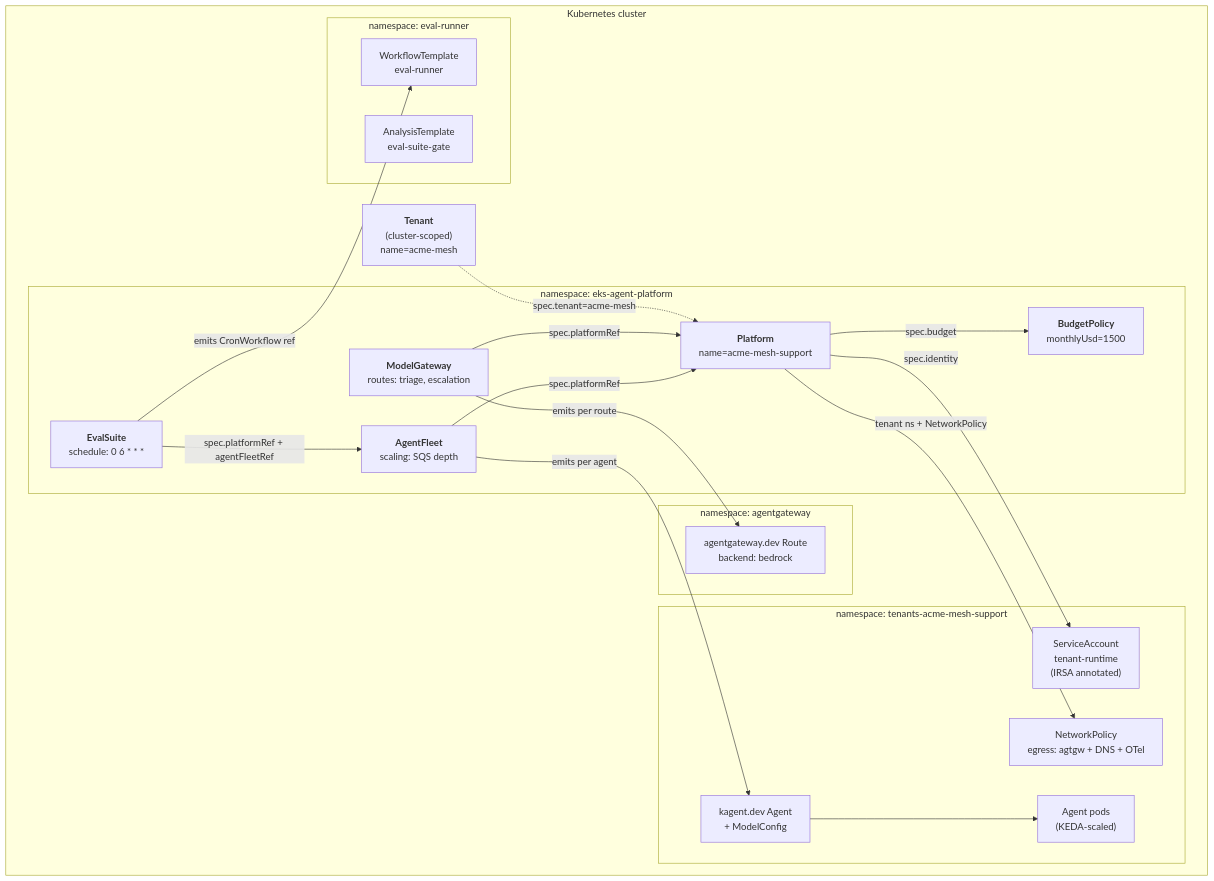
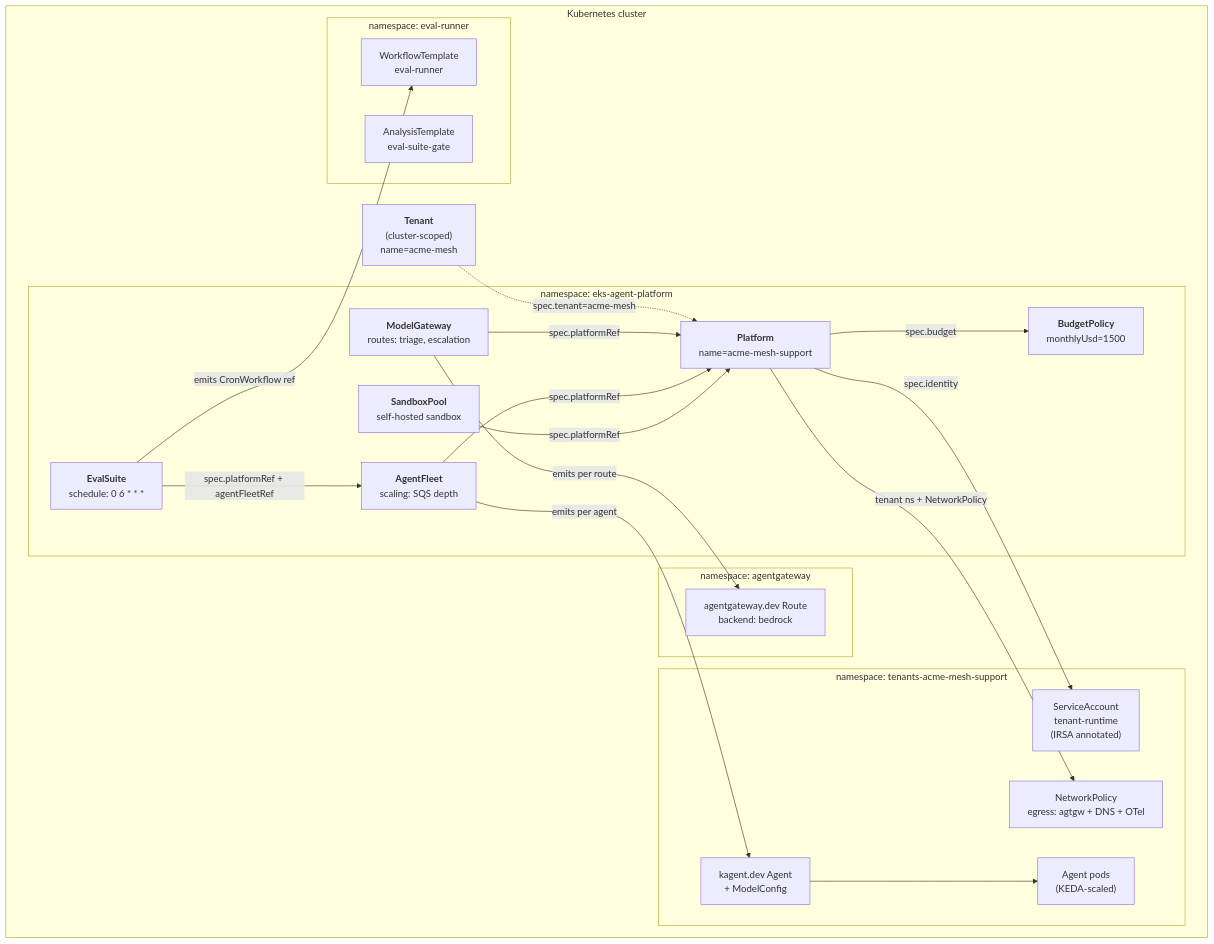
The first of 3 diagrams in docs/architecture/overview.md (nanohype/eks-agent-platform), drawn with Mermaid before and after one commit. The commit also changed other lines of this file and 9 other files, not shown here.

````diff
--- a/docs/architecture/overview.md
+++ b/docs/architecture/overview.md
@@ -7,42 +7,44 @@
 ```mermaid
 flowchart TD
   subgraph cluster["Kubernetes cluster"]
     Tenant["<b>Tenant</b><br/>(cluster-scoped)<br/>name=acme-mesh"]
 
     subgraph mgmt["namespace: eks-agent-platform"]
       Platform["<b>Platform</b><br/>name=acme-mesh-support"]
       Budget["<b>BudgetPolicy</b><br/>monthlyUsd=1500"]
       Gateway["<b>ModelGateway</b><br/>routes: triage, escalation"]
       Fleet["<b>AgentFleet</b><br/>scaling: SQS depth"]
+      Sandbox["<b>SandboxPool</b><br/>self-hosted sandbox"]
       Eval["<b>EvalSuite</b><br/>schedule: 0 6 * * *"]
     end
 
     subgraph tenantns["namespace: tenants-acme-mesh-support"]
       SA["ServiceAccount<br/>tenant-runtime<br/>(IRSA annotated)"]
       NP["NetworkPolicy<br/>egress: agtgw + DNS + OTel"]
       AgentCR["kagent.dev Agent<br/>+ ModelConfig"]
       Pods["Agent pods<br/>(KEDA-scaled)"]
     end
 
     subgraph agtgw["namespace: agentgateway"]
       Route["agentgateway.dev Route<br/>backend: bedrock"]
     end
 
     subgraph evalrun["namespace: eval-runner"]
       WT["WorkflowTemplate<br/>eval-runner"]
       AT["AnalysisTemplate<br/>eval-suite-gate"]
     end
   end
 
   Tenant -. "spec.tenant=acme-mesh" .-> Platform
   Platform -- "spec.budget" --> Budget
   Platform -- "spec.identity" --> SA
   Platform -- "tenant ns + NetworkPolicy" --> NP
   Gateway -- "spec.platformRef" --> Platform
   Gateway -- "emits per route" --> Route
   Fleet -- "spec.platformRef" --> Platform
   Fleet -- "emits per agent" --> AgentCR
+  Sandbox -- "spec.platformRef" --> Platform
   AgentCR --> Pods
   Eval -- "spec.platformRef + agentFleetRef" --> Fleet
   Eval -- "emits CronWorkflow ref" --> WT
 ```
````
